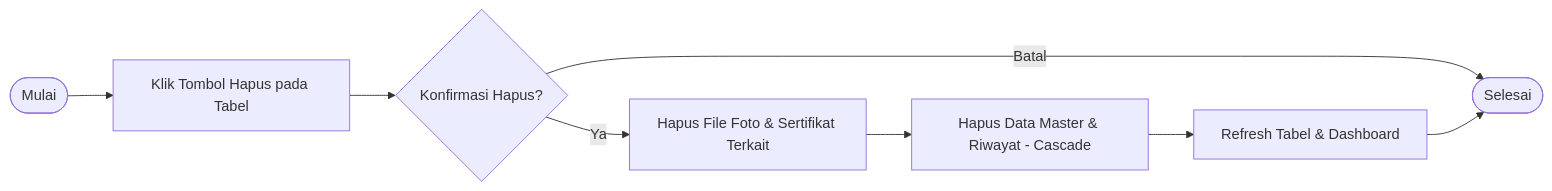
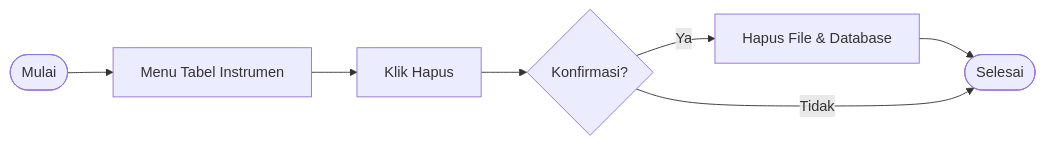
Before and after one commit to ebenlimbong/pmn-kalibrasi: the fifth of 9 diagrams in bpm_workflow_level_list.md, drawn with Mermaid. The commit also changed other lines of this file and 1 other file, not shown here.

Commit message:
docs: selaraskan format tabel rincian proses bisnis 100% persis dengan standar blueprint inalum

````diff
--- a/bpm_workflow_level_list.md
+++ b/bpm_workflow_level_list.md
@@ -114,10 +82,5 @@
 ```mermaid
 flowchart LR
-    A([Mulai]) --> B[Klik Tombol Hapus pada Tabel]
-    B --> C{Konfirmasi Hapus?}
-    C -->|Batal| D([Selesai])
-    C -->|Ya| E[Hapus File Foto & Sertifikat Terkait]
-    E --> F[Hapus Data Master & Riwayat - Cascade]
-    F --> G[Refresh Tabel & Dashboard]
-    G --> D
+    A([Mulai]) --> B[Menu Tabel Instrumen] --> C[Klik Hapus] --> D{Konfirmasi?} -->|Ya| E[Hapus File & Database] --> F([Selesai])
+    D -->|Tidak| F
 ```
````
